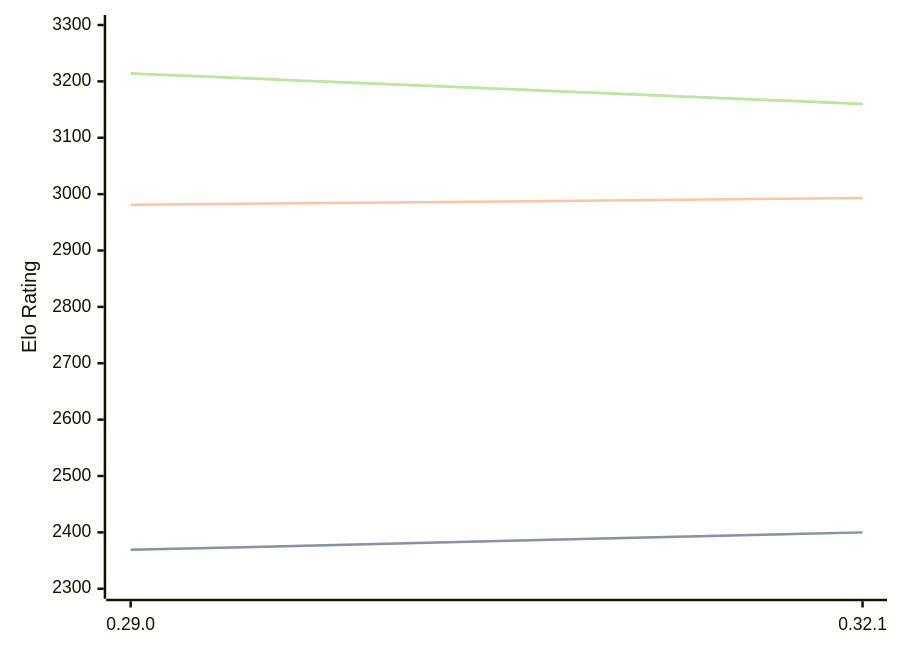
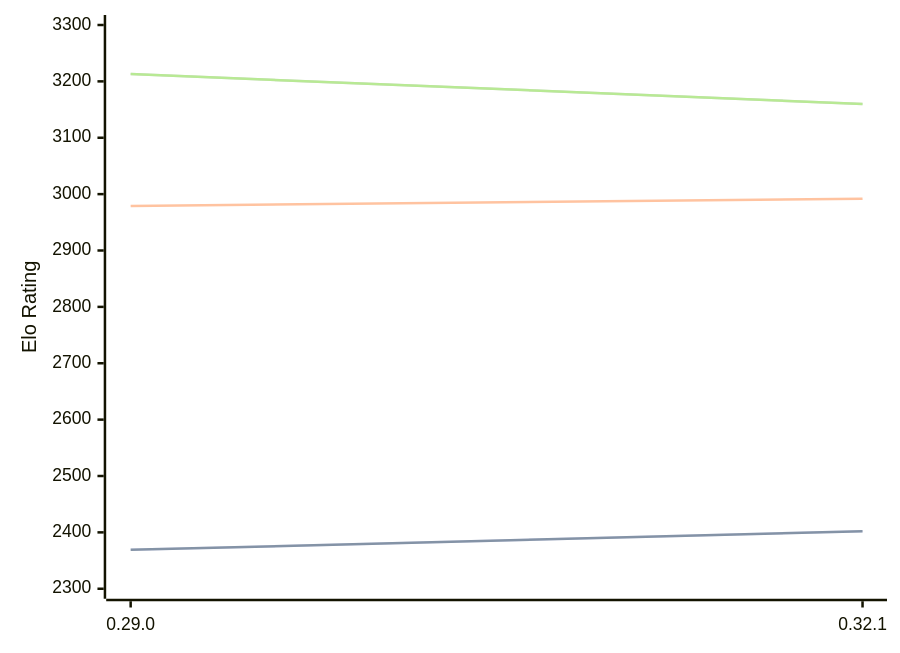
One commit to computer-chess-index/cci changed the first of 3 diagrams in engines/Lc0.md. Above: the diagram before and after it, drawn with Mermaid. The commit also changed other lines of this file, not shown here.

Commit message:
Update CCI Ratings (ELO VLTC) - 2026-06-20

````diff
--- a/engines/Lc0.md
+++ b/engines/Lc0.md
@@ -68,11 +68,11 @@
 ```mermaid
 %%{init: {"theme":"base","themeVariables":{"seriesColors:['#a3a3a3','#222221','#faa371']}}}%%
 xychart-beta
   x-axis ["0.29.0", "0.32.1"]
   y-axis "Elo Rating" 2300 --> 3300
-  line "STC (8.0+0.08s)" [2369, 2400]
-  line "STC (8.0+0.08s)" [2369, 2400]
-  line "LTC (60.0+0.60s)" [2981, 2993]
-  line "VLTC (2m24s+1.12s)" [3214, 3160]
-  line "VLTC (2m24s+1.12s)" [3214, 3160]
+  line "STC (8.0+0.08s)" [2369, 2402]
+  line "STC (8.0+0.08s)" [2369, 2402]
+  line "LTC (60.0+0.60s)" [2979, 2992]
+  line "VLTC (2m24s+1.12s)" [3213, 3160]
+  line "VLTC (2m24s+1.12s)" [3213, 3160]
 ```
````
